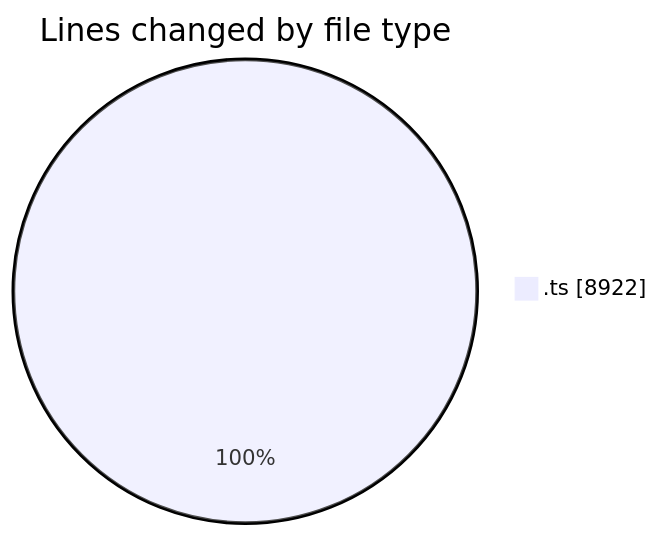
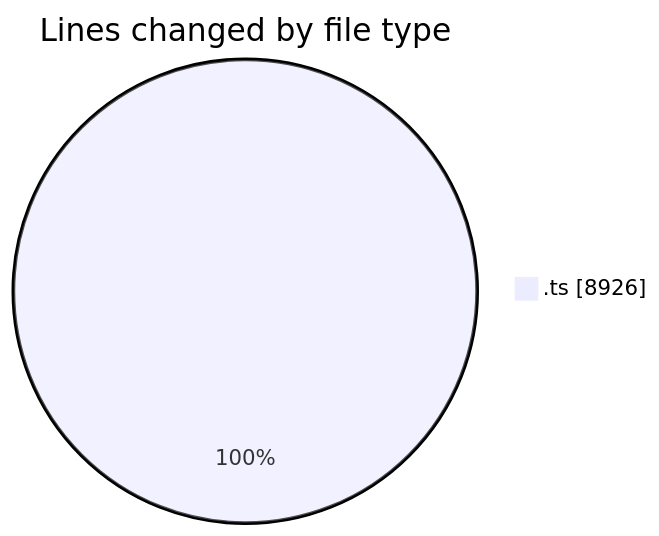
The first of 2 diagrams in 2025-10-23/cda/README.md (momahboobian/code-tracking), drawn with Mermaid before and after one commit. The commit also changed other lines of this file and 1 other file, not shown here.

````diff
--- a/2025-10-23/cda/README.md
+++ b/2025-10-23/cda/README.md
@@ -26,5 +26,5 @@
 ```mermaid
 pie showData
 title Lines changed by file type
-".ts" : 8922
+".ts" : 8926
 ```
````
